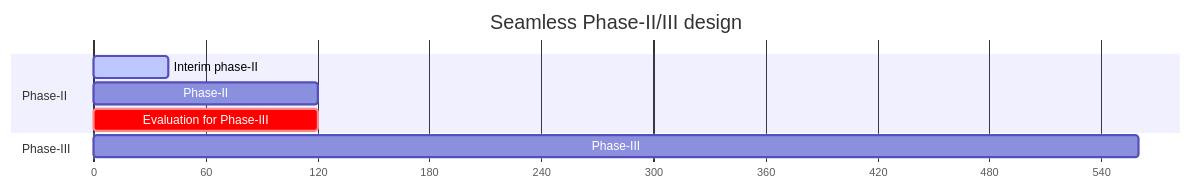
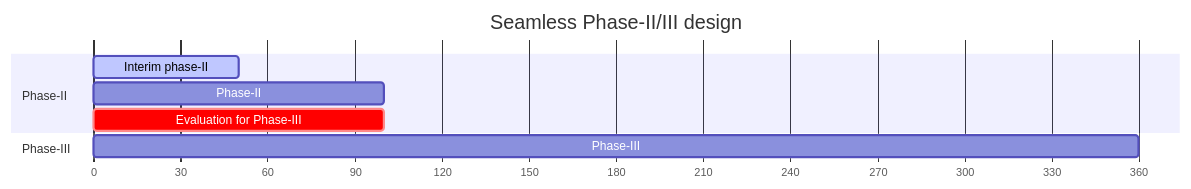
The diagram in 01-SampleSize-Seamless.qmd (CTU-Bern/BayesianToolbox), drawn with Mermaid before and after one commit. The commit also changed other lines of this file and 3 other files, not shown here.

````diff
--- a/01-SampleSize-Seamless.qmd
+++ b/01-SampleSize-Seamless.qmd
@@ -44,12 +42,12 @@
 ```{mermaid}
 gantt
     title Seamless Phase-II/III design
     dateFormat X
     axisFormat %s
     section Phase-II
-    Interim phase-II: active, 0, 40
-    Phase-II: 0, 120
-    Evaluation for Phase-III: crit, 0, 120
+    Interim phase-II: active, 0, 50
+    Phase-II: 0, 100
+    Evaluation for Phase-III: crit, 0, 100
     section Phase-III
-    Phase-III: 0, 560
+    Phase-III: 0, 360
 ```  
````
